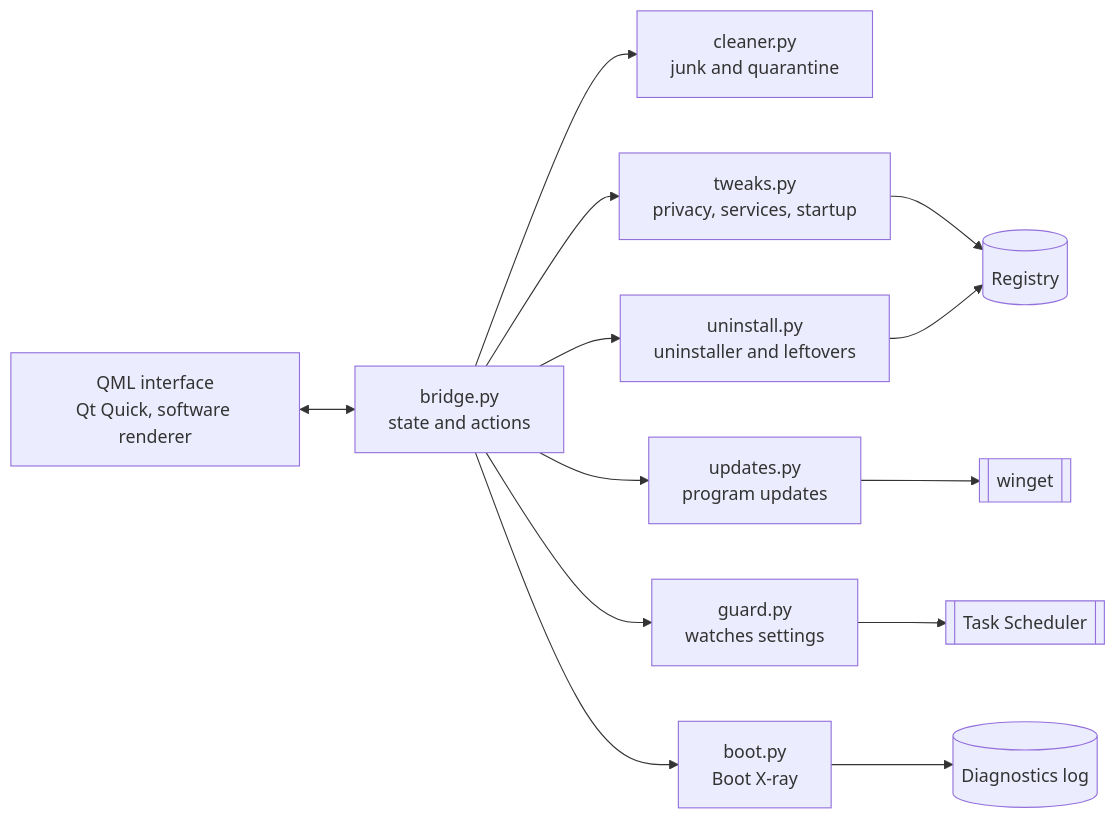
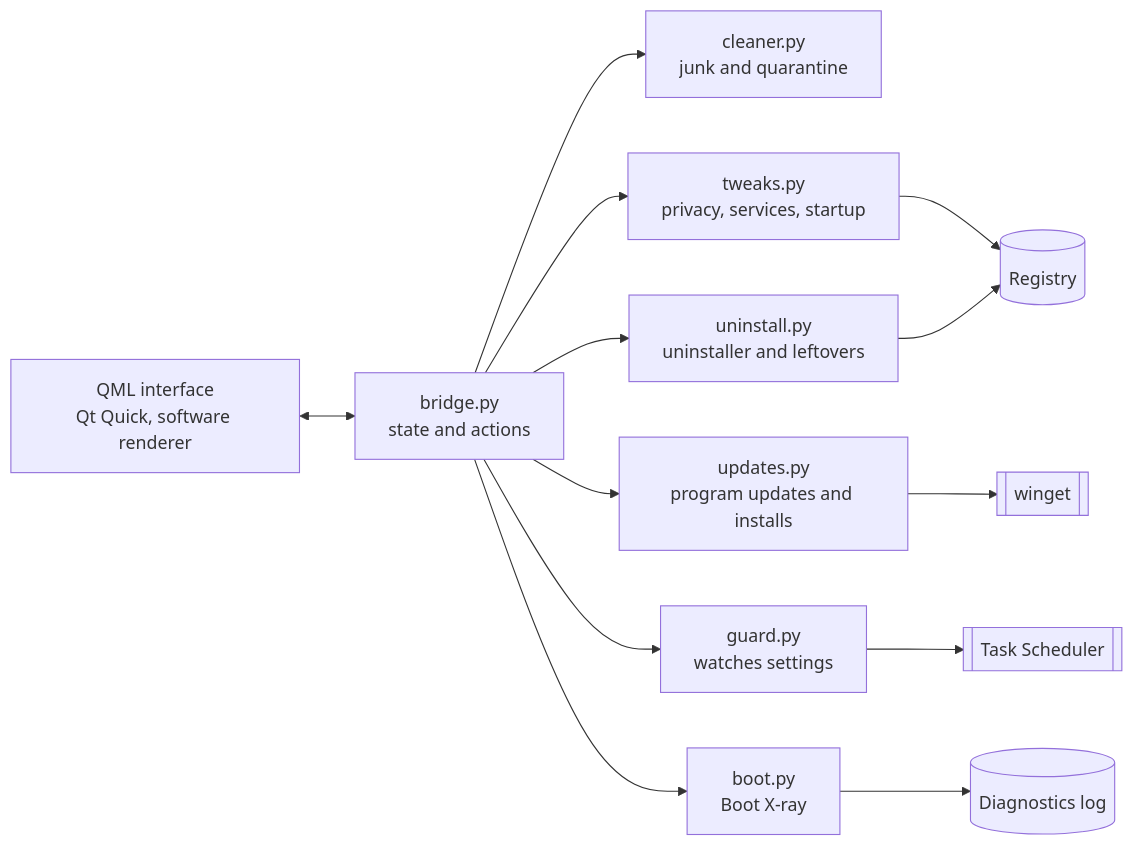
The diagram in README.md (drakedog-dev/sweep), drawn with Mermaid before and after one commit. The commit also changed other lines of this file and 11 other files, not shown here.

````diff
--- a/README.md
+++ b/README.md
@@ -176,15 +178,15 @@
 ```mermaid
 flowchart LR
     UI["QML interface<br/>Qt Quick, software renderer"] <--> B["bridge.py<br/>state and actions"]
     B --> C["cleaner.py<br/>junk and quarantine"]
     B --> T["tweaks.py<br/>privacy, services, startup"]
     B --> U["uninstall.py<br/>uninstaller and leftovers"]
-    B --> W["updates.py<br/>program updates"]
+    B --> W["updates.py<br/>program updates and installs"]
     B --> G["guard.py<br/>watches settings"]
     B --> X["boot.py<br/>Boot X-ray"]
     T --> R[("Registry")]
     U --> R
     W --> WG[["winget"]]
     G --> TS[["Task Scheduler"]]
     X --> EV[("Diagnostics log")]
 ```
````
